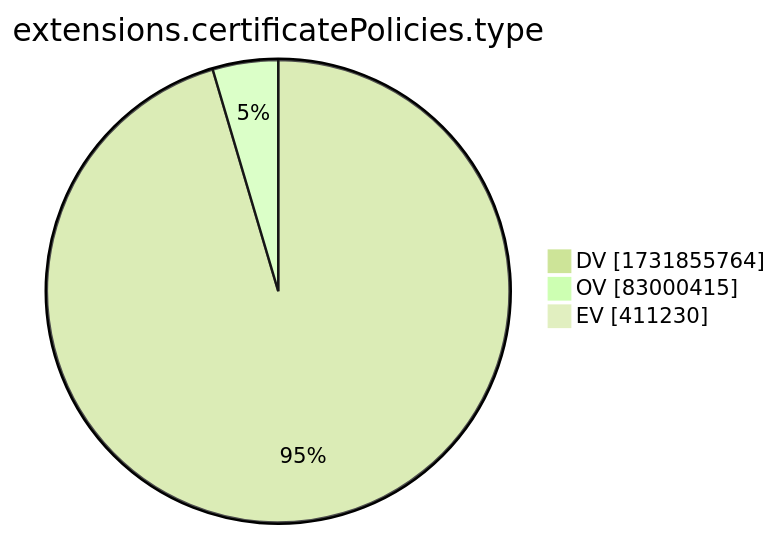
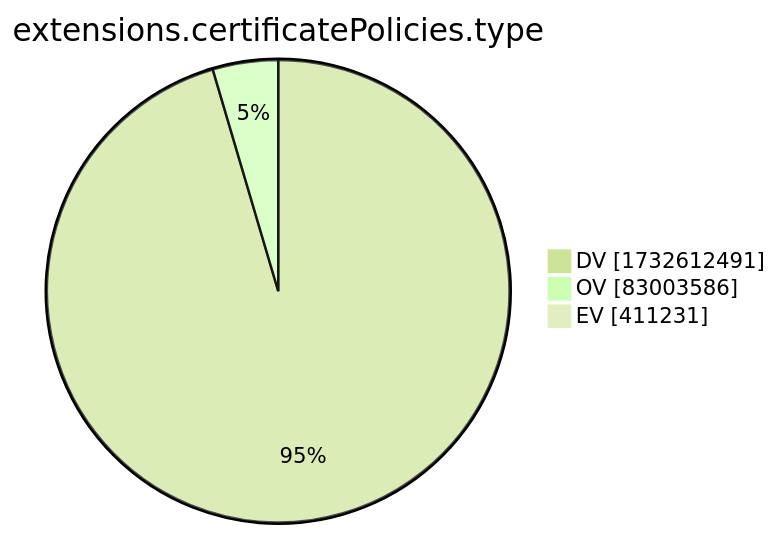
The tenth of 15 diagrams in xenon2022/README.md (christiankrug/ctmonitor_visualization), drawn with Mermaid (forest theme) before and after one commit. The commit also changed other lines of this file, not shown here.

````diff
--- a/xenon2022/README.md
+++ b/xenon2022/README.md
@@ -2881,7 +2881,7 @@
 ```mermaid
 pie showData
 title extensions.certificatePolicies.type
-"DV" :1731855764
-"OV" :83000415
-"EV" :411230
+"DV" :1732612491
+"OV" :83003586
+"EV" :411231
 ```
````
